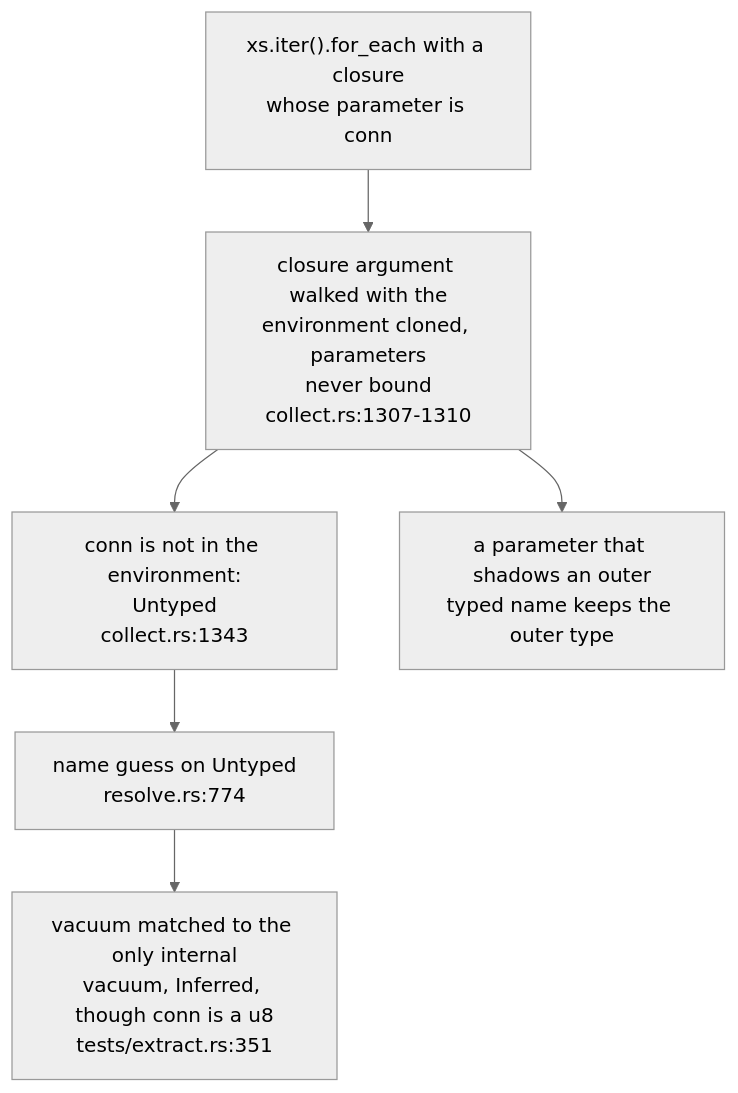
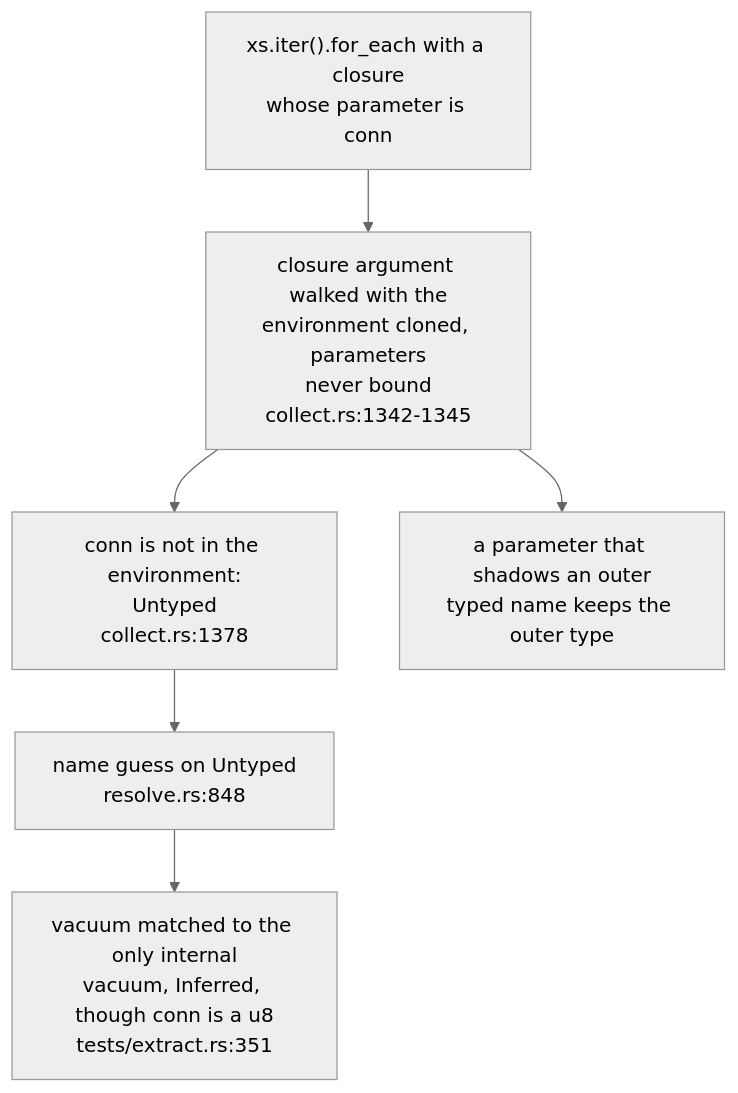
Before and after one commit to DreamLab-AI/codemaid: the sixth of 6 diagrams in docs/diagrams/extract/05-workspace-name-resolution.md, drawn with Mermaid (neutral theme). The commit also changed other lines of this file and 8 other files, not shown here.

First line of the commit message:
docs(diagrams): restamp the extract topics to fec7aff; record the generics fix

````diff
--- a/docs/diagrams/extract/05-workspace-name-resolution.md
+++ b/docs/diagrams/extract/05-workspace-name-resolution.md
@@ -262,11 +274,11 @@
 ```mermaid
 flowchart TB
     C["xs.iter().for_each with a closure<br/>whose parameter is conn"]
-    AR["closure argument walked with the<br/>environment cloned, parameters<br/>never bound<br/>collect.rs:1307-1310"]
-    RV["conn is not in the environment:<br/>Untyped<br/>collect.rs:1343"]
-    BN["name guess on Untyped<br/>resolve.rs:774"]
+    AR["closure argument walked with the<br/>environment cloned, parameters<br/>never bound<br/>collect.rs:1342-1345"]
+    RV["conn is not in the environment:<br/>Untyped<br/>collect.rs:1378"]
+    BN["name guess on Untyped<br/>resolve.rs:848"]
     G["vacuum matched to the only internal<br/>vacuum, Inferred, though conn is a u8<br/>tests/extract.rs:351"]
     SH["a parameter that shadows an outer<br/>typed name keeps the outer type"]
     C --> AR --> RV --> BN --> G
     AR --> SH
 ```
````
